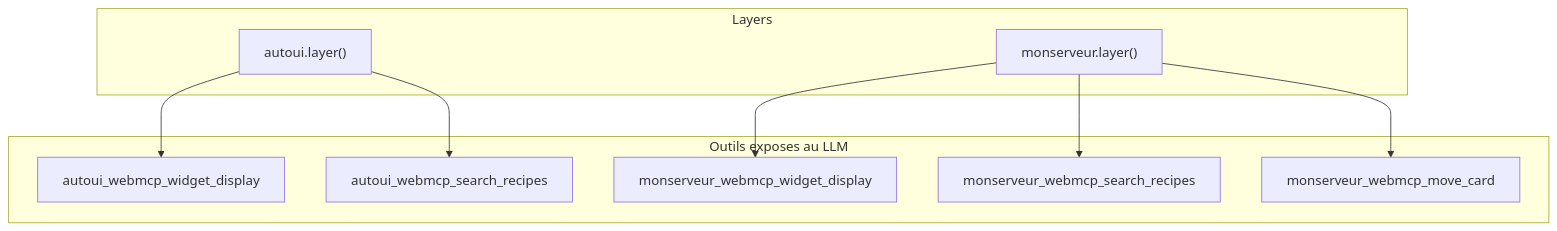
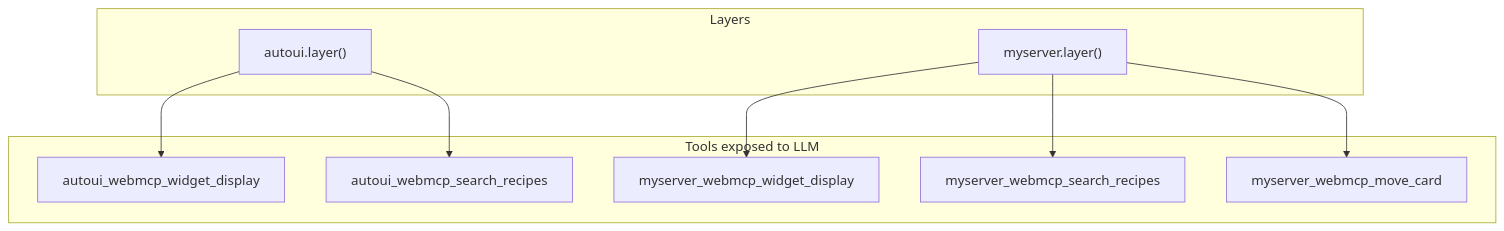
Before and after one commit to jeanbaptiste/webmcp-auto-ui: the second of 3 diagrams in docs/starlight/src/content/docs/tutorials/create-webmcp-server.mdx, drawn with Mermaid. The commit also changed other lines of this file and 94 other files, not shown here.

````diff
--- a/docs/starlight/src/content/docs/tutorials/create-webmcp-server.mdx
+++ b/docs/starlight/src/content/docs/tutorials/create-webmcp-server.mdx
@@ -349,21 +304,21 @@
 ```mermaid
 graph TB
     subgraph Layers
         AutoUI["autoui.layer()"]
-        Custom["monserveur.layer()"]
+        Custom["myserver.layer()"]
     end
 
-    subgraph "Outils exposes au LLM"
+    subgraph "Tools exposed to LLM"
         A1["autoui_webmcp_widget_display"]
         A2["autoui_webmcp_search_recipes"]
-        C1["monserveur_webmcp_widget_display"]
-        C2["monserveur_webmcp_search_recipes"]
-        C3["monserveur_webmcp_move_card"]
+        C1["myserver_webmcp_widget_display"]
+        C2["myserver_webmcp_search_recipes"]
+        C3["myserver_webmcp_move_card"]
     end
 
     AutoUI --> A1
     AutoUI --> A2
     Custom --> C1
     Custom --> C2
     Custom --> C3
 ```
````
